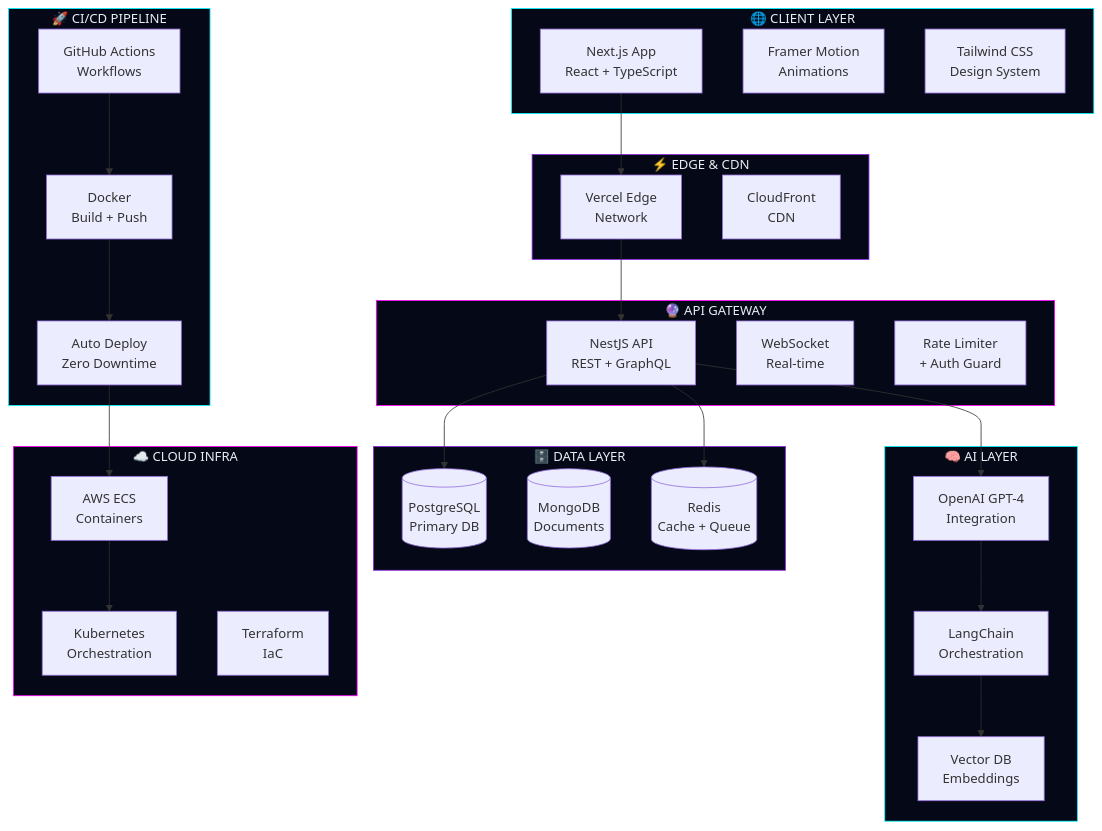
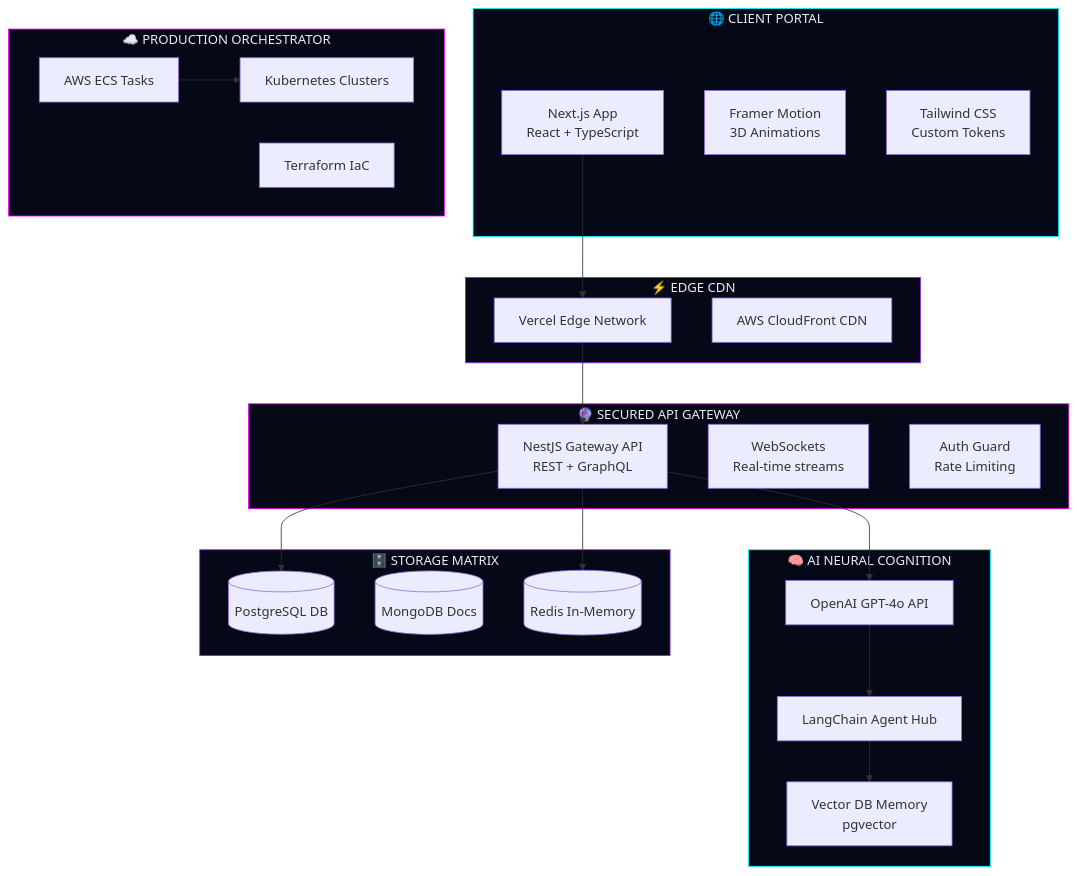
Before and after one commit to Aviral-1/Aviral-1: the first of 2 diagrams in README.md, drawn with Mermaid. The commit also changed other lines of this file and 3 other files, not shown here.

````diff
--- a/README.md
+++ b/README.md
@@ -382,63 +235,53 @@
 ```mermaid
 graph TB
-    subgraph CLIENT["🌐 CLIENT LAYER"]
+    subgraph CLIENT["🌐 CLIENT PORTAL"]
         A[Next.js App<br/>React + TypeScript]
-        B[Framer Motion<br/>Animations]
-        C[Tailwind CSS<br/>Design System]
+        B[Framer Motion<br/>3D Animations]
+        C[Tailwind CSS<br/>Custom Tokens]
     end
 
-    subgraph CDN["⚡ EDGE & CDN"]
-        D[Vercel Edge<br/>Network]
-        E[CloudFront<br/>CDN]
+    subgraph CDN["⚡ EDGE CDN"]
+        D[Vercel Edge Network]
+        E[AWS CloudFront CDN]
     end
 
-    subgraph API["🔮 API GATEWAY"]
-        F[NestJS API<br/>REST + GraphQL]
-        G[WebSocket<br/>Real-time]
-        H[Rate Limiter<br/>+ Auth Guard]
+    subgraph API["🔮 SECURED API GATEWAY"]
+        F[NestJS Gateway API<br/>REST + GraphQL]
+        G[WebSockets<br/>Real-time streams]
+        H[Auth Guard<br/>Rate Limiting]
     end
 
-    subgraph AI["🧠 AI LAYER"]
-        I[OpenAI GPT-4<br/>Integration]
-        J[LangChain<br/>Orchestration]
-        K[Vector DB<br/>Embeddings]
+    subgraph AI["🧠 AI NEURAL COGNITION"]
+        I[OpenAI GPT-4o API]
+        J[LangChain Agent Hub]
+        K[Vector DB Memory<br/>pgvector]
     end
 
-    subgraph DATA["🗄️ DATA LAYER"]
-        L[(PostgreSQL<br/>Primary DB)]
-        M[(MongoDB<br/>Documents)]
-        N[(Redis<br/>Cache + Queue)]
+    subgraph DATA["🗄️ STORAGE MATRIX"]
+        L[(PostgreSQL DB)]
+        M[(MongoDB Docs)]
+        N[(Redis In-Memory)]
     end
 
-    subgraph INFRA["☁️ CLOUD INFRA"]
-        O[AWS ECS<br/>Containers]
-        P[Kubernetes<br/>Orchestration]
-        Q[Terraform<br/>IaC]
-    end
-
-    subgraph CICD["🚀 CI/CD PIPELINE"]
-        R[GitHub Actions<br/>Workflows]
-        S[Docker<br/>Build + Push]
-        T[Auto Deploy<br/>Zero Downtime]
+    subgraph INFRA["☁️ PRODUCTION ORCHESTRATOR"]
+        O[AWS ECS Tasks]
+        P[Kubernetes Clusters]
+        Q[Terraform IaC]
     end
 
     A --> D
     D --> F
     F --> I
     F --> L
     F --> N
     I --> J
     J --> K
     O --> P
-    R --> S
-    S --> T
-    T --> O
 
     style CLIENT fill:#050816,stroke:#00F7FF,color:#E6EDF3
     style CDN fill:#050816,stroke:#8A2BE2,color:#E6EDF3
     style API fill:#050816,stroke:#FF00FF,color:#E6EDF3
     style AI fill:#050816,stroke:#00F7FF,color:#E6EDF3
     style DATA fill:#050816,stroke:#8A2BE2,color:#E6EDF3
     style INFRA fill:#050816,stroke:#FF00FF,color:#E6EDF3
-    style CICD fill:#050816,stroke:#00F7FF,color:#E6EDF3
 ```
````
